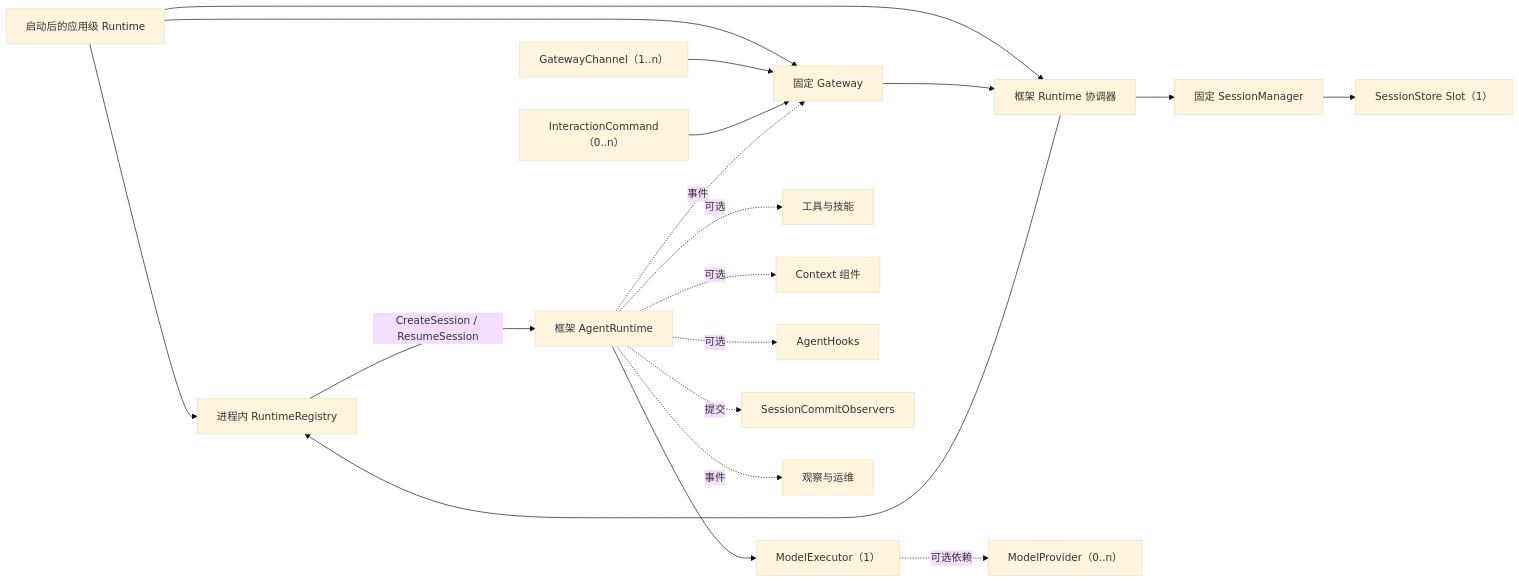
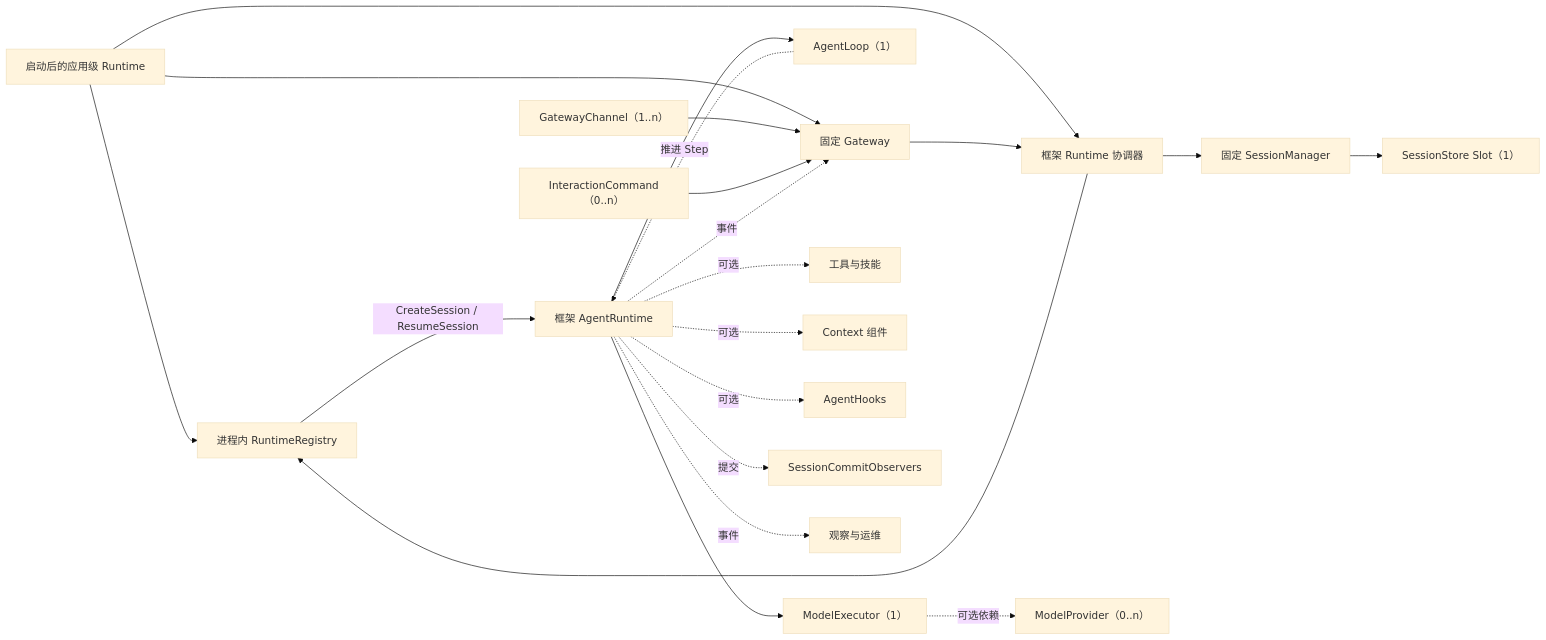
One commit to LyleLiu666/agentSlot changed the diagram in COMPONENT_MAP.zh-CN.md. Above: the diagram before and after it, drawn with Mermaid (base theme). The commit also changed other lines of this file and 9 other files, not shown here.

````diff
--- a/COMPONENT_MAP.zh-CN.md
+++ b/COMPONENT_MAP.zh-CN.md
@@ -88,21 +90,23 @@
 ```mermaid
 flowchart LR
     AR["启动后的应用级 Runtime"] --> REG["进程内 RuntimeRegistry"]
     AR --> RC["框架 Runtime 协调器"]
     AR --> G["固定 Gateway"]
     RC --> REG
     E["GatewayChannel（1..n）"] --> G
     IC["InteractionCommand（0..n）"] --> G
     G --> RC
     RC --> SM["固定 SessionManager"]
     SM --> SS["SessionStore Slot（1）"]
     REG -->|"CreateSession / ResumeSession"| R["框架 AgentRuntime"]
+    R --> L["AgentLoop（1）"]
+    L -. "推进 Step" .-> R
     R --> ME["ModelExecutor（1）"]
     ME -. "可选依赖" .-> MP["ModelProvider（0..n）"]
     R -. "可选" .-> T["工具与技能"]
     R -. "可选" .-> C["Context 组件"]
     R -. "可选" .-> H["AgentHooks"]
     R -. "提交" .-> SCO["SessionCommitObservers"]
     R -. "事件" .-> G
     R -. "事件" .-> O["观察与运维"]
 ```
````
